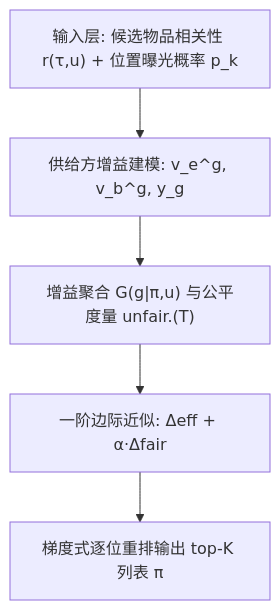
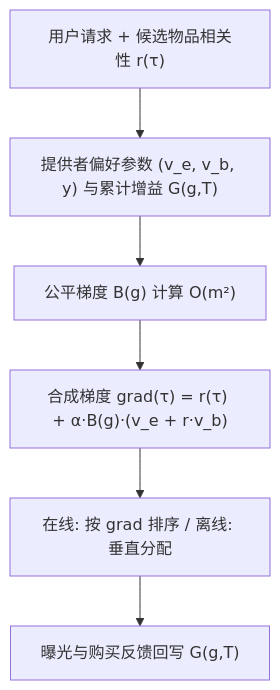
Before and after one commit to jbdcia321vw/Paper-Notes: the diagram in docs/venues/SIGIR/2026/debias_fairness_industrial/equity_vs_equality_optimizing_ranking_fairness_for_tailored_provider_needs.md, drawn with Mermaid. The commit also changed other lines of this file and 1119 other files, not shown here.

````diff
--- a/docs/venues/SIGIR/2026/debias_fairness_industrial/equity_vs_equality_optimizing_ranking_fairness_for_tailored_provider_needs.md
+++ b/docs/venues/SIGIR/2026/debias_fairness_industrial/equity_vs_equality_optimizing_ranking_fairness_for_tailored_provider_needs.md
@@ -64,7 +46,8 @@
 ```mermaid
 flowchart TD
-    A["输入层: 候选物品相关性 r(τ,u) + 位置曝光概率 p_k"] --> B["供给方增益建模: v_e^g, v_b^g, y_g"]
-    B --> C["增益聚合 G(g|π,u) 与公平度量 unfair.(T)"]
-    C --> D["一阶边际近似: Δeff + α·Δfair"]
-    D --> E["梯度式逐位重排输出 top-K 列表 π"]
+    A["用户请求 + 候选物品相关性 r(τ)"] --> B["提供者偏好参数 (v_e, v_b, y) 与累计增益 G(g,T)"]
+    B --> C["公平梯度 B(g) 计算 O(m²)"]
+    C --> D["合成梯度 grad(τ) = r(τ) + α·B(g)·(v_e + r·v_b)"]
+    D --> E["在线: 按 grad 排序 / 离线: 垂直分配"]
+    E --> F["曝光与购买反馈回写 G(g,T)"]
 ```
````
